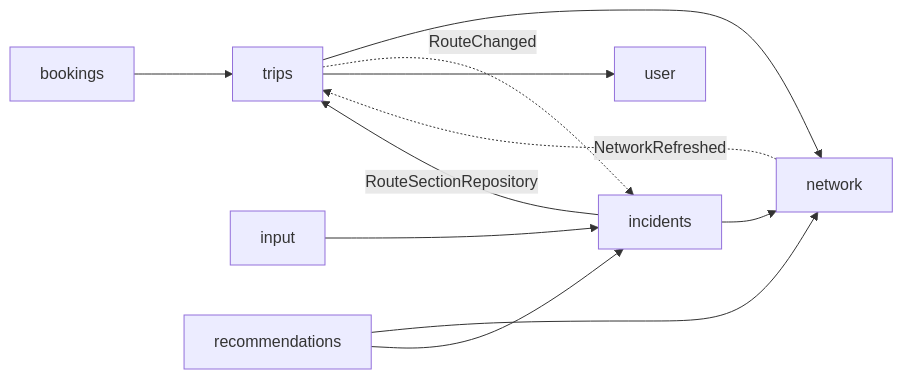
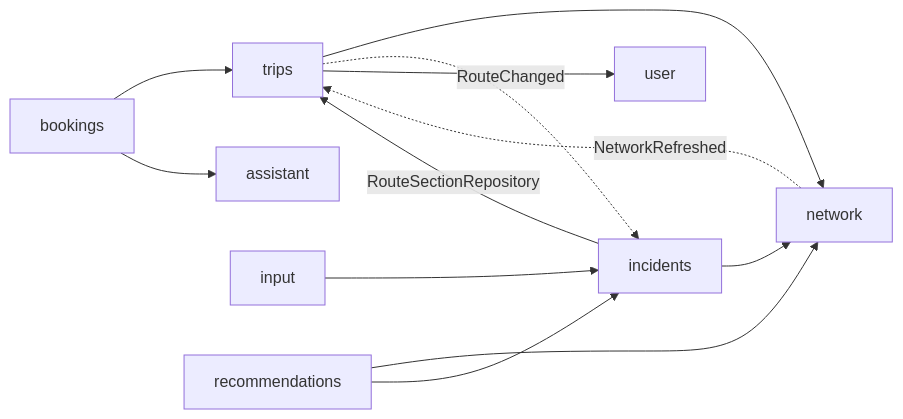
The second of 2 diagrams in Docs/architecture.md (kehrbros/nofrustrationvacation), drawn with Mermaid before and after one commit. The commit also changed other lines of this file and 68 other files, not shown here.

````diff
--- a/Docs/architecture.md
+++ b/Docs/architecture.md
@@ -57,13 +60,14 @@
 ```mermaid
 flowchart LR
     trips --> network
     bookings --> trips
+    bookings --> assistant
     incidents --> network
     incidents -->|RouteSectionRepository| trips
     trips -.->|RouteChanged| incidents
     input --> incidents
     trips --> user
     recommendations --> network
     recommendations --> incidents
     network -.->|NetworkRefreshed| trips
 ```
````
